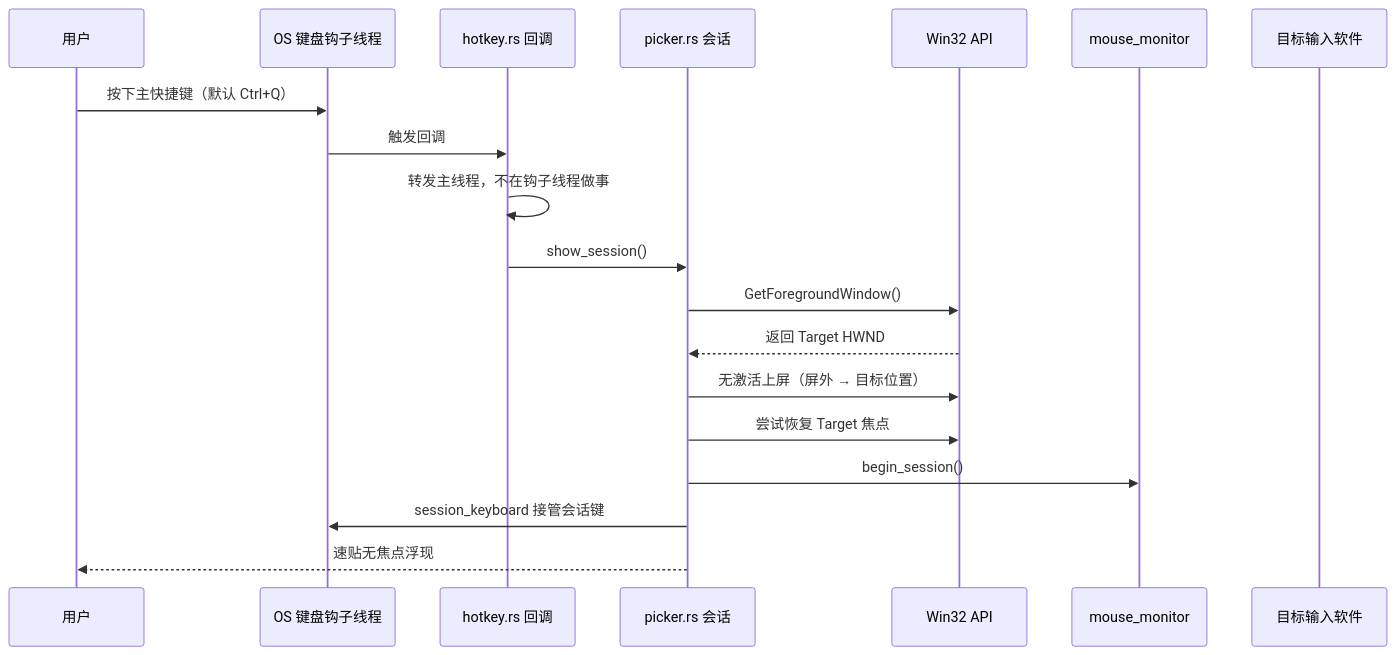
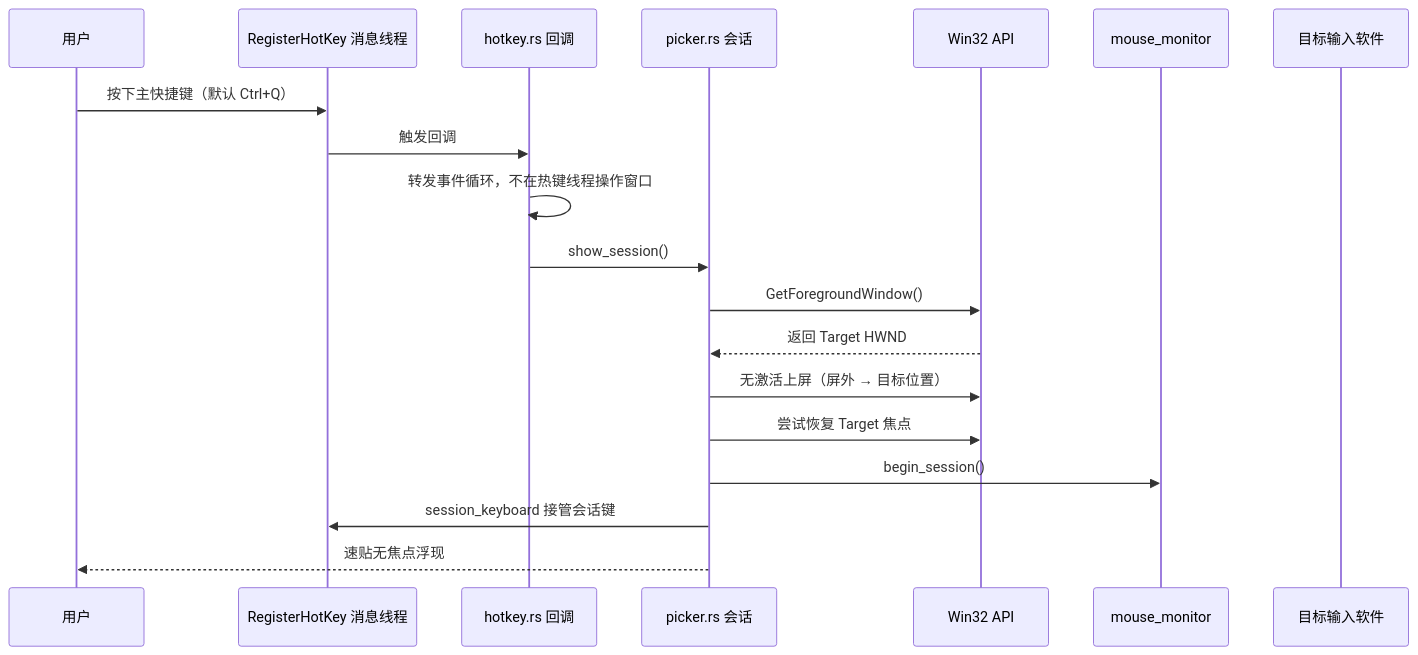
One commit to tranquil-w/floatpaste changed the first of 2 diagrams in docs/no-focus-picker.md. Above: the diagram before and after it, drawn with Mermaid. The commit also changed other lines of this file and 11 other files, not shown here.

````diff
--- a/docs/no-focus-picker.md
+++ b/docs/no-focus-picker.md
@@ -34,22 +34,22 @@
 ```mermaid
 sequenceDiagram
     participant User as 用户
-    participant Hook as OS 键盘钩子线程
+    participant HotkeyThread as RegisterHotKey 消息线程
     participant Hotkey as hotkey.rs 回调
     participant Picker as picker.rs 会话
     participant Win32 as Win32 API
     participant Mouse as mouse_monitor
     participant Target as 目标输入软件
 
-    User->>Hook: 按下主快捷键（默认 Ctrl+Q）
-    Hook->>Hotkey: 触发回调
-    Hotkey->>Hotkey: 转发主线程，不在钩子线程做事
+    User->>HotkeyThread: 按下主快捷键（默认 Ctrl+Q）
+    HotkeyThread->>Hotkey: 触发回调
+    Hotkey->>Hotkey: 转发事件循环，不在热键线程操作窗口
     Hotkey->>Picker: show_session()
     Picker->>Win32: GetForegroundWindow()
     Win32-->>Picker: 返回 Target HWND
     Picker->>Win32: 无激活上屏（屏外 → 目标位置）
     Picker->>Win32: 尝试恢复 Target 焦点
     Picker->>Mouse: begin_session()
-    Picker->>Hook: session_keyboard 接管会话键
+    Picker->>HotkeyThread: session_keyboard 接管会话键
     Picker-->>User: 速贴无焦点浮现
 ```
````
